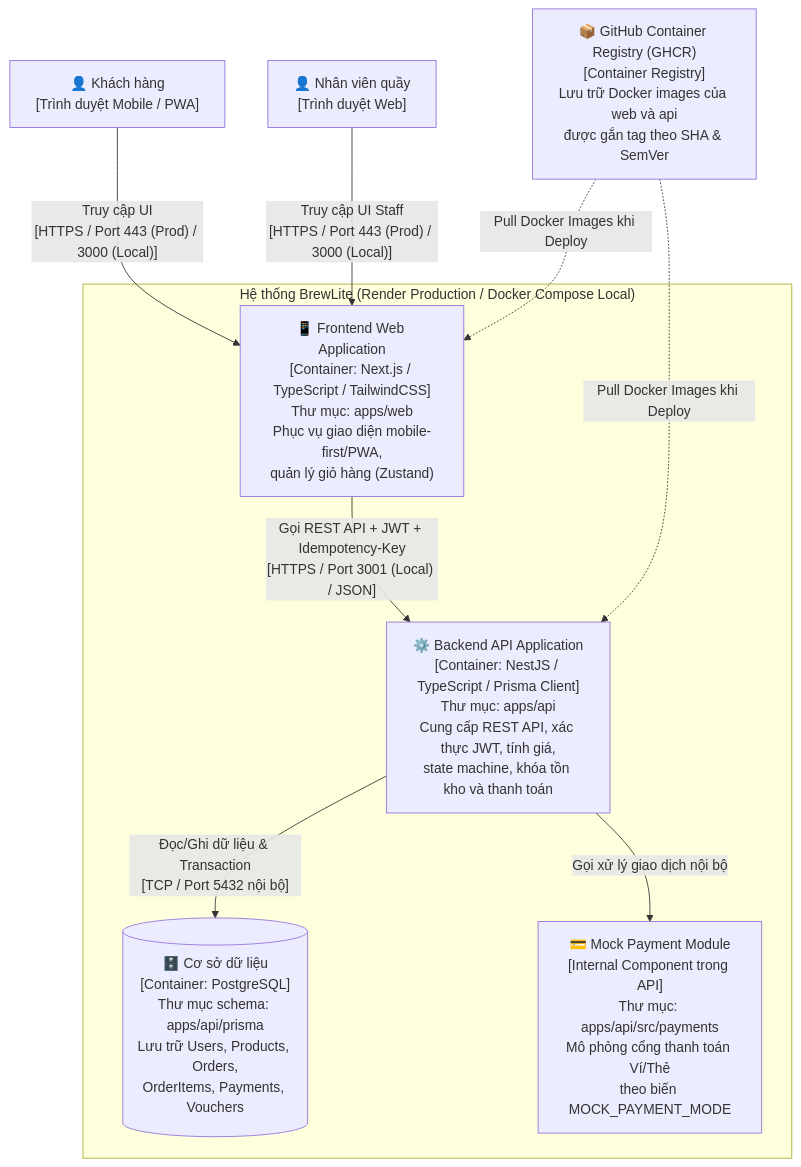
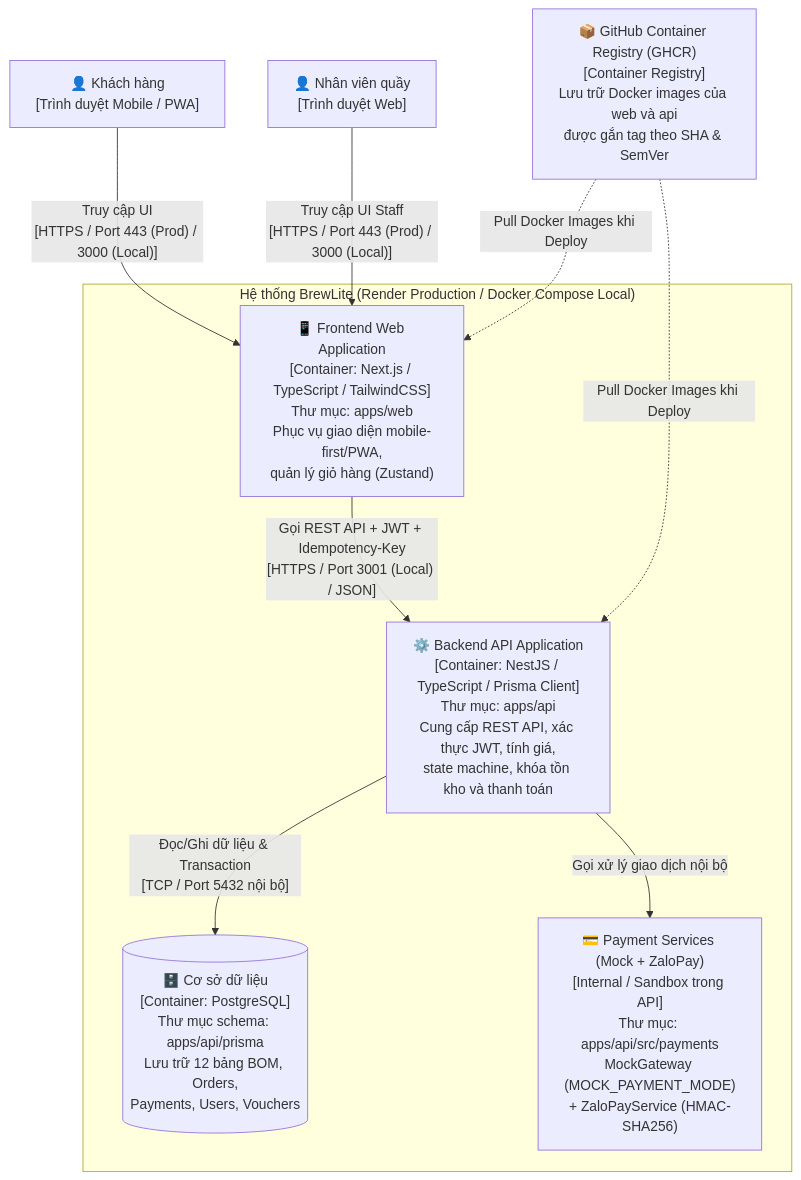
Before and after one commit to MaGiaVy/BrewLite_project: the second of 2 diagrams in docs/architecture/architecture.md, drawn with Mermaid. The commit also changed other lines of this file and 28 other files, not shown here.

Commit message:
docs: sync architecture, SRS, diagrams, OpenAPI spec, and smoke scripts (Wave 3a)

````diff
--- a/docs/architecture/architecture.md
+++ b/docs/architecture/architecture.md
@@ -44,25 +44,25 @@
 ```mermaid
 flowchart TB
     Customer["👤 Khách hàng<br/>[Trình duyệt Mobile / PWA]"]
     Staff["👤 Nhân viên quầy<br/>[Trình duyệt Web]"]
 
     subgraph BrewLiteSystem["Hệ thống BrewLite (Render Production / Docker Compose Local)"]
         WebApp["📱 Frontend Web Application<br/>[Container: Next.js / TypeScript / TailwindCSS]<br/>Thư mục: apps/web<br/>Phục vụ giao diện mobile-first/PWA,<br/>quản lý giỏ hàng (Zustand)"]
 
         ApiApp["⚙️ Backend API Application<br/>[Container: NestJS / TypeScript / Prisma Client]<br/>Thư mục: apps/api<br/>Cung cấp REST API, xác thực JWT, tính giá,<br/>state machine, khóa tồn kho và thanh toán"]
 
-        Database[("🗄️ Cơ sở dữ liệu<br/>[Container: PostgreSQL]<br/>Thư mục schema: apps/api/prisma<br/>Lưu trữ Users, Products, Orders,<br/>OrderItems, Payments, Vouchers")]
+        Database[("🗄️ Cơ sở dữ liệu<br/>[Container: PostgreSQL]<br/>Thư mục schema: apps/api/prisma<br/>Lưu trữ 12 bảng BOM, Orders,<br/>Payments, Users, Vouchers")]
 
-        MockGateway["💳 Mock Payment Module<br/>[Internal Component trong API]<br/>Thư mục: apps/api/src/payments<br/>Mô phỏng cổng thanh toán Ví/Thẻ<br/>theo biến MOCK_PAYMENT_MODE"]
+        MockGateway["💳 Payment Services (Mock + ZaloPay)<br/>[Internal / Sandbox trong API]<br/>Thư mục: apps/api/src/payments<br/>MockGateway (MOCK_PAYMENT_MODE)<br/>+ ZaloPayService (HMAC-SHA256)"]
     end
 
     GHCR["📦 GitHub Container Registry (GHCR)<br/>[Container Registry]<br/>Lưu trữ Docker images của web và api<br/>được gắn tag theo SHA & SemVer"]
 
     Customer -->|"Truy cập UI<br/>[HTTPS / Port 443 (Prod) / 3000 (Local)]"| WebApp
     Staff -->|"Truy cập UI Staff<br/>[HTTPS / Port 443 (Prod) / 3000 (Local)]"| WebApp
     WebApp -->|"Gọi REST API + JWT + Idempotency-Key<br/>[HTTPS / Port 3001 (Local) / JSON]"| ApiApp
     ApiApp -->|"Đọc/Ghi dữ liệu & Transaction<br/>[TCP / Port 5432 nội bộ]"| Database
     ApiApp -->|"Gọi xử lý giao dịch nội bộ"| MockGateway
     GHCR -.->|"Pull Docker Images khi Deploy"| WebApp
     GHCR -.->|"Pull Docker Images khi Deploy"| ApiApp
 ```
````
